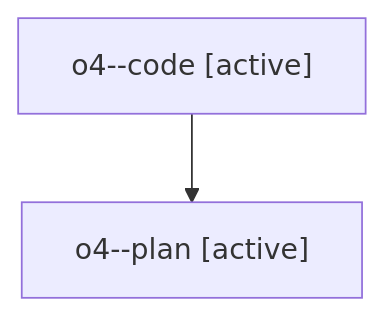
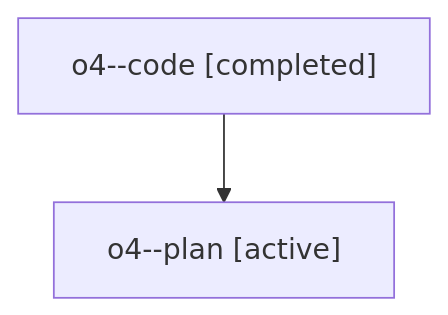
One commit to sase-org/sase--agents changed the diagram in families/bbugyi200.athena.o4.md. Above: the diagram before and after it, drawn with Mermaid. The commit also changed other lines of this file and 5813 other files, not shown here.

````diff
--- a/families/bbugyi200.athena.o4.md
+++ b/families/bbugyi200.athena.o4.md
@@ -9,6 +9,6 @@
 ```mermaid
 flowchart TD
-  n0["o4--code [active]"]
+  n0["o4--code [completed]"]
   n1["o4--plan [active]"]
   n0 --> n1
 ```
````
